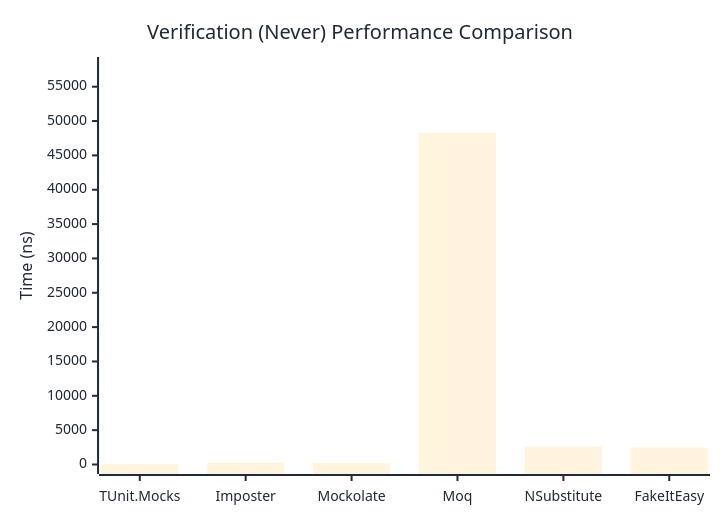
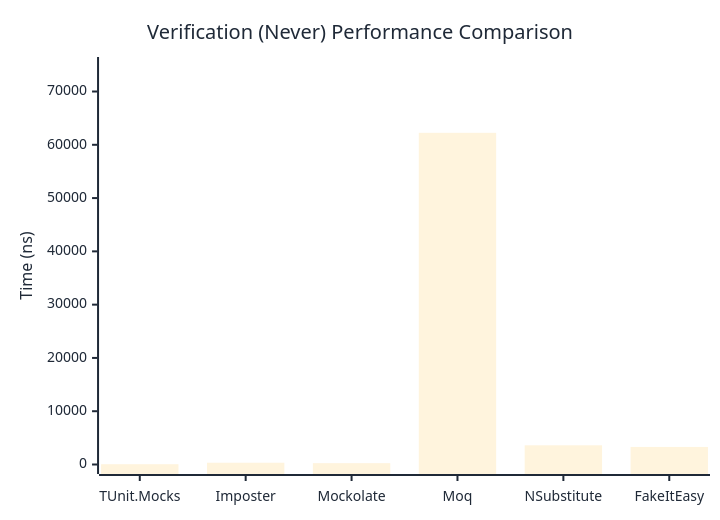
Before and after one commit to thomhurst/TUnit: the second of 3 diagrams in docs/docs/benchmarks/mocks/Verification.md, drawn with Mermaid. The commit also changed other lines of this file and 14 other files, not shown here.

````diff
--- a/docs/docs/benchmarks/mocks/Verification.md
+++ b/docs/docs/benchmarks/mocks/Verification.md
@@ -71,27 +71,27 @@
 ```mermaid
 %%{init: {
   'theme':'base',
   'themeVariables': {
     'primaryColor': '#2563eb',
     'primaryTextColor': '#1f2937',
     'primaryBorderColor': '#1e40af',
     'lineColor': '#6b7280',
     'secondaryColor': '#7c3aed',
     'tertiaryColor': '#dc2626',
     'background': '#ffffff',
     'pie1': '#2563eb',
     'pie2': '#7c3aed',
     'pie3': '#dc2626',
     'pie4': '#f59e0b',
     'pie5': '#10b981',
     'pie6': '#06b6d4',
     'pie7': '#ec4899',
     'pie8': '#6366f1'
   }
 }}%%
 xychart-beta
   title "Verification (Never) Performance Comparison"
   x-axis ["TUnit.Mocks", "Imposter", "Mockolate", "Moq", "NSubstitute", "FakeItEasy"]
-  y-axis "Time (ns)" 0 --> 57940
-  bar [44.01, 257.05, 198.8, 48282.8, 2620.27, 2469.82]
+  y-axis "Time (ns)" 0 --> 74693
+  bar [52.91, 332.77, 251.14, 62244.11, 3600.17, 3294.16]
 ```
````
